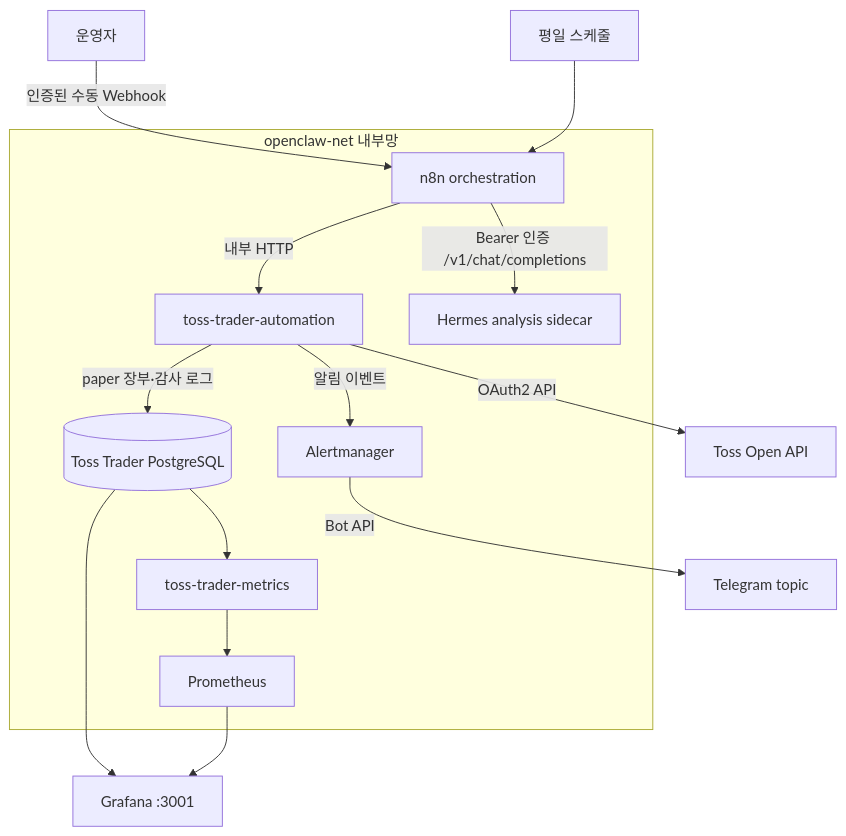
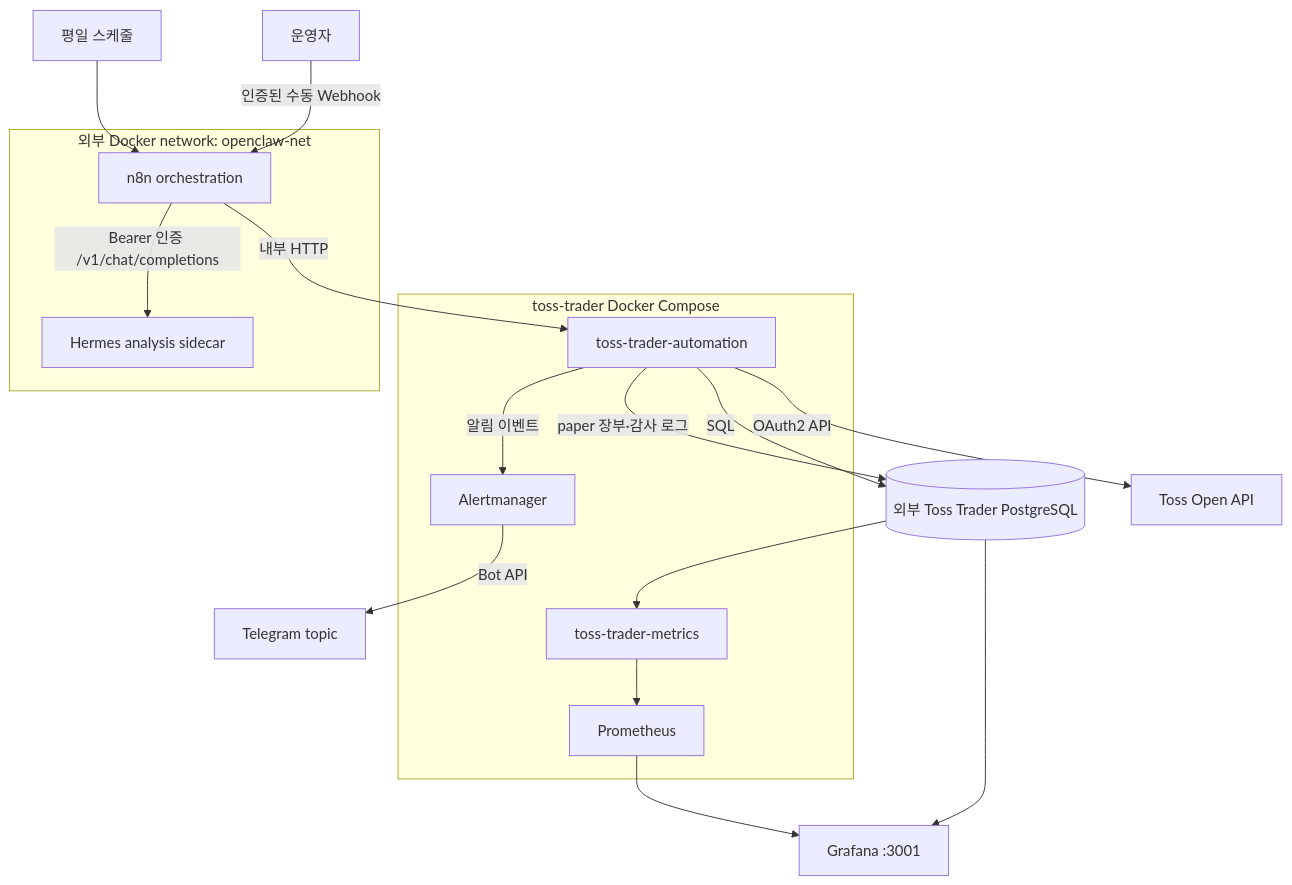
The first of 7 diagrams in docs/system-workflow.md (hunchulchoi/toss-trader), drawn with Mermaid before and after one commit. The commit also changed other lines of this file and 1 other file, not shown here.

Commit message:
docs(ops): document docker topology and alerts

````diff
--- a/docs/system-workflow.md
+++ b/docs/system-workflow.md
@@ -5,26 +5,29 @@
 ```mermaid
 flowchart TB
     OP[운영자] -->|인증된 수동 Webhook| N8N
     SCHED[평일 스케줄] --> N8N
 
-    subgraph NET[openclaw-net 내부망]
-        N8N[n8n orchestration]
+    subgraph COMPOSE[toss-trader Docker Compose]
         AUTO[toss-trader-automation]
-        HERMES[Hermes analysis sidecar]
         AM[Alertmanager]
-        DB[(Toss Trader PostgreSQL)]
         METRICS[toss-trader-metrics]
         PROM[Prometheus]
+    end
+
+    subgraph OPENCLAW[외부 Docker network: openclaw-net]
+        N8N[n8n orchestration]
+        HERMES[Hermes analysis sidecar]
     end
 
     N8N -->|내부 HTTP| AUTO
     N8N -->|Bearer 인증 /v1/chat/completions| HERMES
     AUTO -->|OAuth2 API| TOSS[Toss Open API]
+    AUTO -->|SQL| DB[(외부 Toss Trader PostgreSQL)]
     AUTO -->|paper 장부·감사 로그| DB
     AUTO -->|알림 이벤트| AM
     AM -->|Bot API| TELEGRAM[Telegram topic]
     DB --> METRICS
     METRICS --> PROM
     DB --> GRAFANA[Grafana :3001]
     PROM --> GRAFANA
 ```
````
